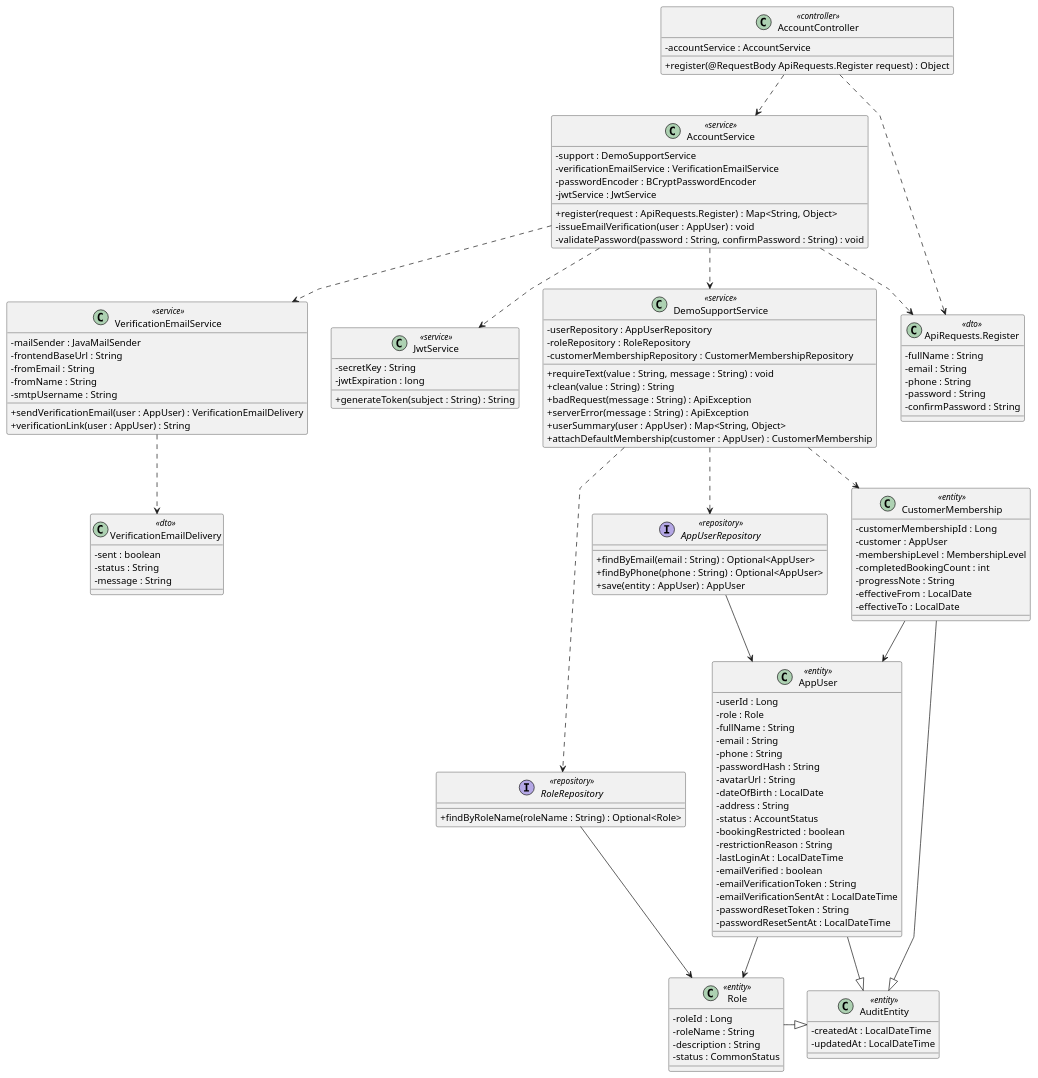
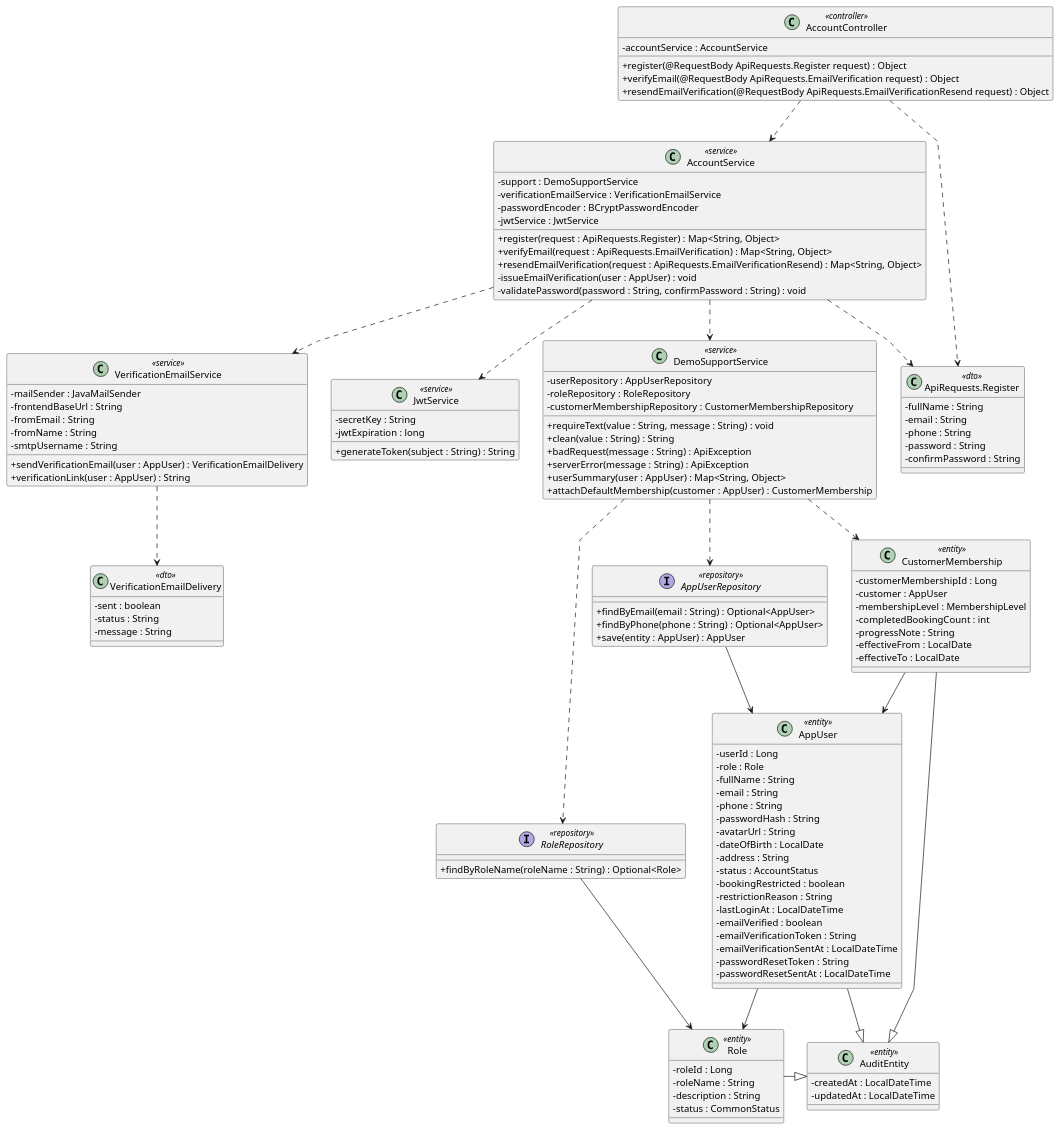
Before and after one commit to maxwell1904/SWP391_G3: the diagram in docs/Class Diagram/register.puml, drawn with PlantUML. The commit also changed 40 other files, not shown here.

Commit message:
align code-first docs and complete suggestion flow

```diff
--- a/docs/Class Diagram/register.puml
+++ b/docs/Class Diagram/register.puml
@@ -1,140 +1,144 @@
 @startuml
 
 skinparam classAttributeIconSize 0
 skinparam linetype polyline
 
 class AccountController <<controller>> {
     -accountService : AccountService
 
     +register(@RequestBody ApiRequests.Register request) : Object
+    +verifyEmail(@RequestBody ApiRequests.EmailVerification request) : Object
+    +resendEmailVerification(@RequestBody ApiRequests.EmailVerificationResend request) : Object
 }
 
 class AccountService <<service>> {
     -support : DemoSupportService
     -verificationEmailService : VerificationEmailService
     -passwordEncoder : BCryptPasswordEncoder
     -jwtService : JwtService
 
     +register(request : ApiRequests.Register) : Map<String, Object>
+    +verifyEmail(request : ApiRequests.EmailVerification) : Map<String, Object>
+    +resendEmailVerification(request : ApiRequests.EmailVerificationResend) : Map<String, Object>
     -issueEmailVerification(user : AppUser) : void
     -validatePassword(password : String, confirmPassword : String) : void
 }
 
 class DemoSupportService <<service>> {
     -userRepository : AppUserRepository
     -roleRepository : RoleRepository
     -customerMembershipRepository : CustomerMembershipRepository
 
     +requireText(value : String, message : String) : void
     +clean(value : String) : String
     +badRequest(message : String) : ApiException
     +serverError(message : String) : ApiException
     +userSummary(user : AppUser) : Map<String, Object>
     +attachDefaultMembership(customer : AppUser) : CustomerMembership
 }
 
 class VerificationEmailService <<service>> {
     -mailSender : JavaMailSender
     -frontendBaseUrl : String
     -fromEmail : String
     -fromName : String
     -smtpUsername : String
 
     +sendVerificationEmail(user : AppUser) : VerificationEmailDelivery
     +verificationLink(user : AppUser) : String
 }
 
 class JwtService <<service>> {
     -secretKey : String
     -jwtExpiration : long
 
     +generateToken(subject : String) : String
 }
 
 class "ApiRequests.Register" as RegisterDTO <<dto>> {
     -fullName : String
     -email : String
     -phone : String
     -password : String
     -confirmPassword : String
 }
 
 class VerificationEmailDelivery <<dto>> {
     -sent : boolean
     -status : String
     -message : String
 }
 
 interface AppUserRepository <<repository>> {
     +findByEmail(email : String) : Optional<AppUser>
     +findByPhone(phone : String) : Optional<AppUser>
     +save(entity : AppUser) : AppUser
 }
 
 interface RoleRepository <<repository>> {
     +findByRoleName(roleName : String) : Optional<Role>
 }
 
 class AuditEntity <<entity>> {
     -createdAt : LocalDateTime
     -updatedAt : LocalDateTime
 }
 
 class AppUser <<entity>> {
     -userId : Long
     -role : Role
     -fullName : String
     -email : String
     -phone : String
     -passwordHash : String
     -avatarUrl : String
     -dateOfBirth : LocalDate
     -address : String
     -status : AccountStatus
     -bookingRestricted : boolean
     -restrictionReason : String
     -lastLoginAt : LocalDateTime
     -emailVerified : boolean
     -emailVerificationToken : String
     -emailVerificationSentAt : LocalDateTime
     -passwordResetToken : String
     -passwordResetSentAt : LocalDateTime
 }
 
 class Role <<entity>> {
     -roleId : Long
     -roleName : String
     -description : String
     -status : CommonStatus
 }
 
 class CustomerMembership <<entity>> {
     -customerMembershipId : Long
     -customer : AppUser
     -membershipLevel : MembershipLevel
     -completedBookingCount : int
     -progressNote : String
     -effectiveFrom : LocalDate
     -effectiveTo : LocalDate
 }
 
 ' Relationships
 AccountController ..> AccountService
 AccountController ..> RegisterDTO
 AccountService ..> RegisterDTO
 AccountService ..> DemoSupportService
 AccountService ..> VerificationEmailService
 AccountService ..> JwtService
 VerificationEmailService ..> VerificationEmailDelivery
 DemoSupportService ..> AppUserRepository
 DemoSupportService ..> RoleRepository
 DemoSupportService ..> CustomerMembership
 AppUserRepository --> AppUser
 RoleRepository --> Role
 AppUser -|> AuditEntity
 Role -|> AuditEntity
 CustomerMembership -|> AuditEntity
 CustomerMembership --> AppUser
 AppUser --> Role
 
 @enduml
```
